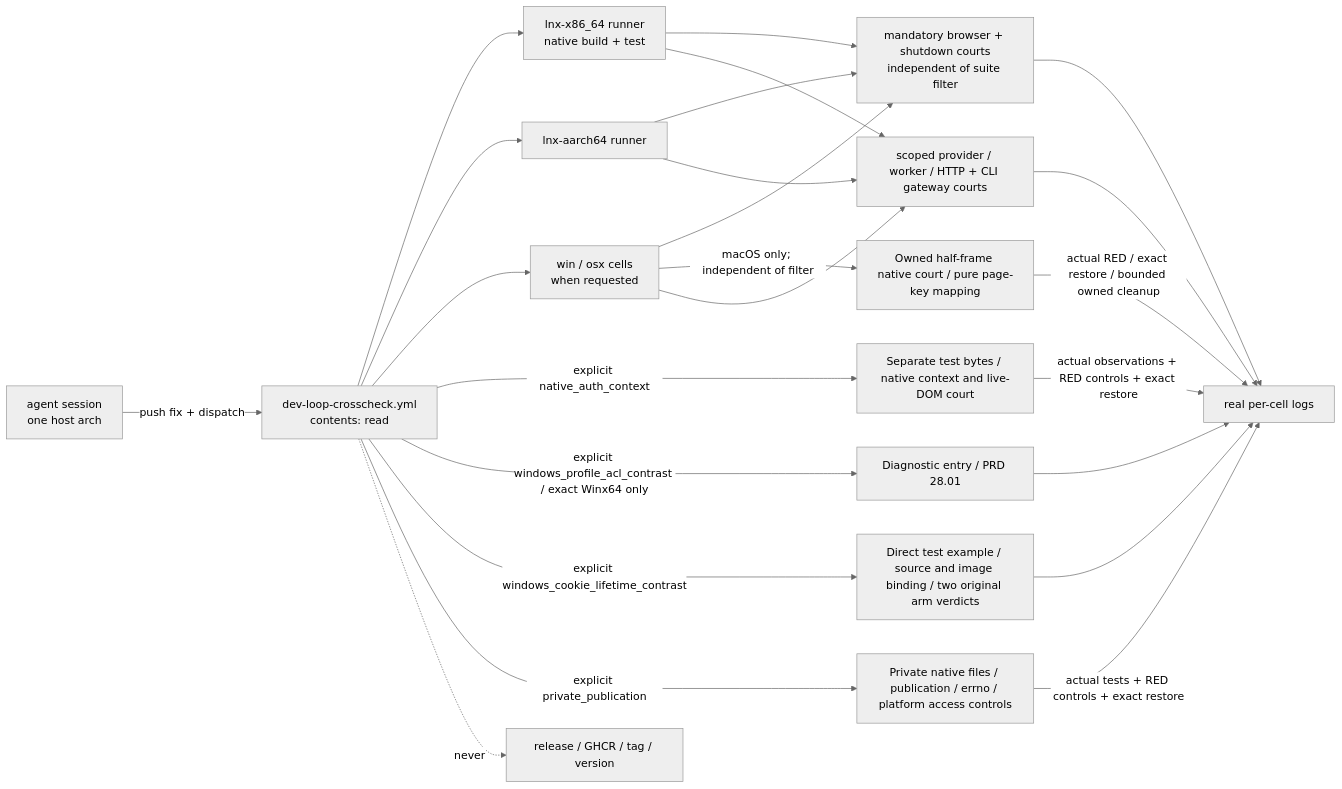
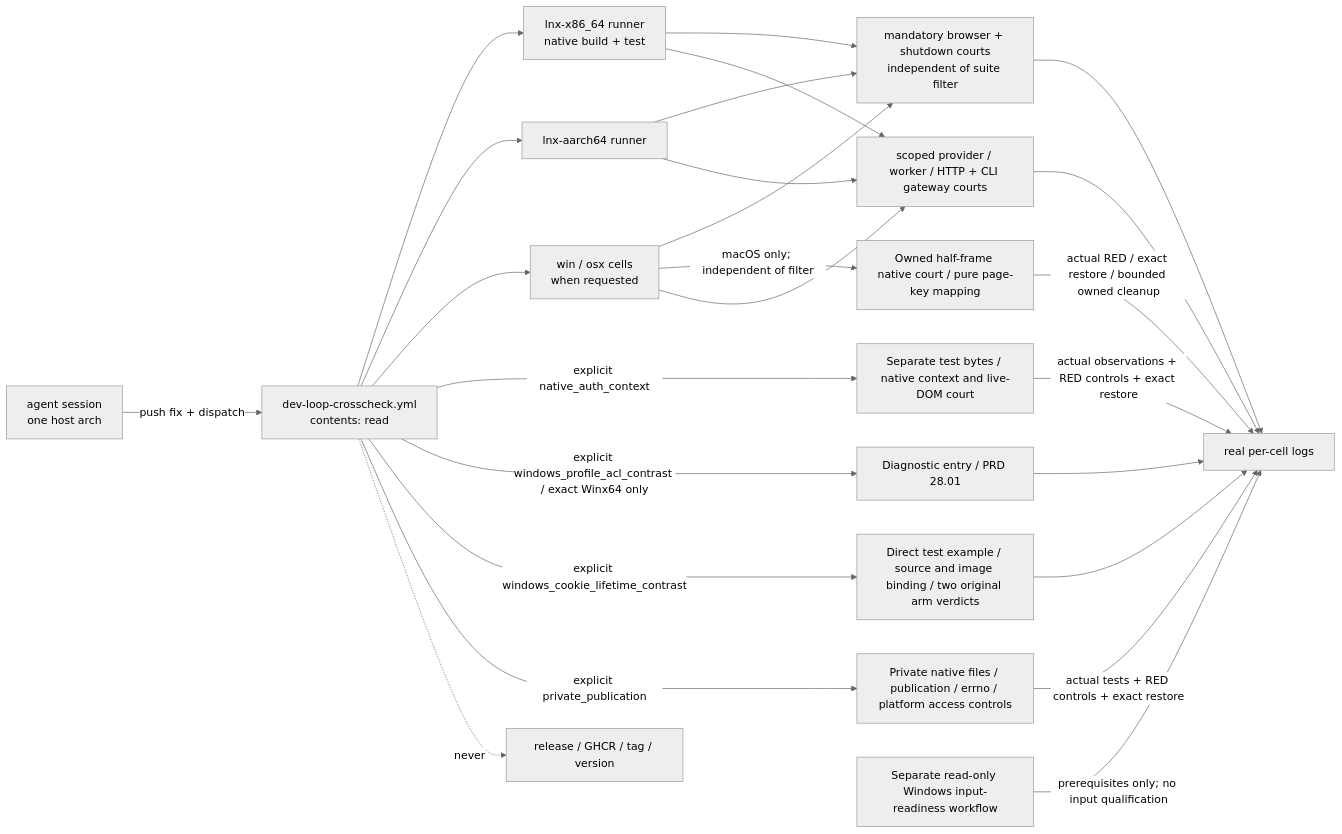
Before and after one commit to partnernetsoftware/minicon: the diagram in prd/PRD_02_32_dev_loop_crosscheck.md, drawn with Mermaid (neutral theme). The commit also changed other lines of this file and 2 other files, not shown here.

Commit message:
Observe Windows native input prerequisites and record cache restart evidence

````diff
--- a/prd/PRD_02_32_dev_loop_crosscheck.md
+++ b/prd/PRD_02_32_dev_loop_crosscheck.md
@@ -58,22 +63,23 @@
 ```mermaid
 flowchart LR
     A["agent session<br/>one host arch"] -->|push fix + dispatch| W["dev-loop-crosscheck.yml<br/>contents: read"]
     W --> C1["lnx-x86_64 runner<br/>native build + test"]
     W --> C2["lnx-aarch64 runner"]
     W --> C3["win / osx cells<br/>when requested"]
     C1 & C2 & C3 --> M["mandatory browser + shutdown courts<br/>independent of suite filter"]
     M --> L["real per-cell logs"]
     C3 -->|macOS only; independent of filter| HALF[Owned half-frame native court / pure page-key mapping]
     HALF -->|actual RED / exact restore / bounded owned cleanup| L
     C1 & C2 & C3 --> G["scoped provider / worker / HTTP + CLI gateway courts"]
     G --> L
     W -->|explicit native_auth_context| T[Separate test bytes / native context and live-DOM court]
     T -->|actual observations + RED controls + exact restore| L
     W -->|explicit windows_profile_acl_contrast / exact Winx64 only| ACL[Diagnostic entry / PRD 28.01]
     ACL --> L
     W -->|explicit windows_cookie_lifetime_contrast| LC[Direct test example / source and image binding / two original arm verdicts]
     LC --> L
     W -->|explicit private_publication| PP[Private native files / publication / errno / platform access controls]
     PP -->|actual tests + RED controls + exact restore| L
+    INPUT[Separate read-only Windows input-readiness workflow] -->|prerequisites only; no input qualification| L
     W -. never .-> R["release / GHCR / tag / version"]
 ```
````
